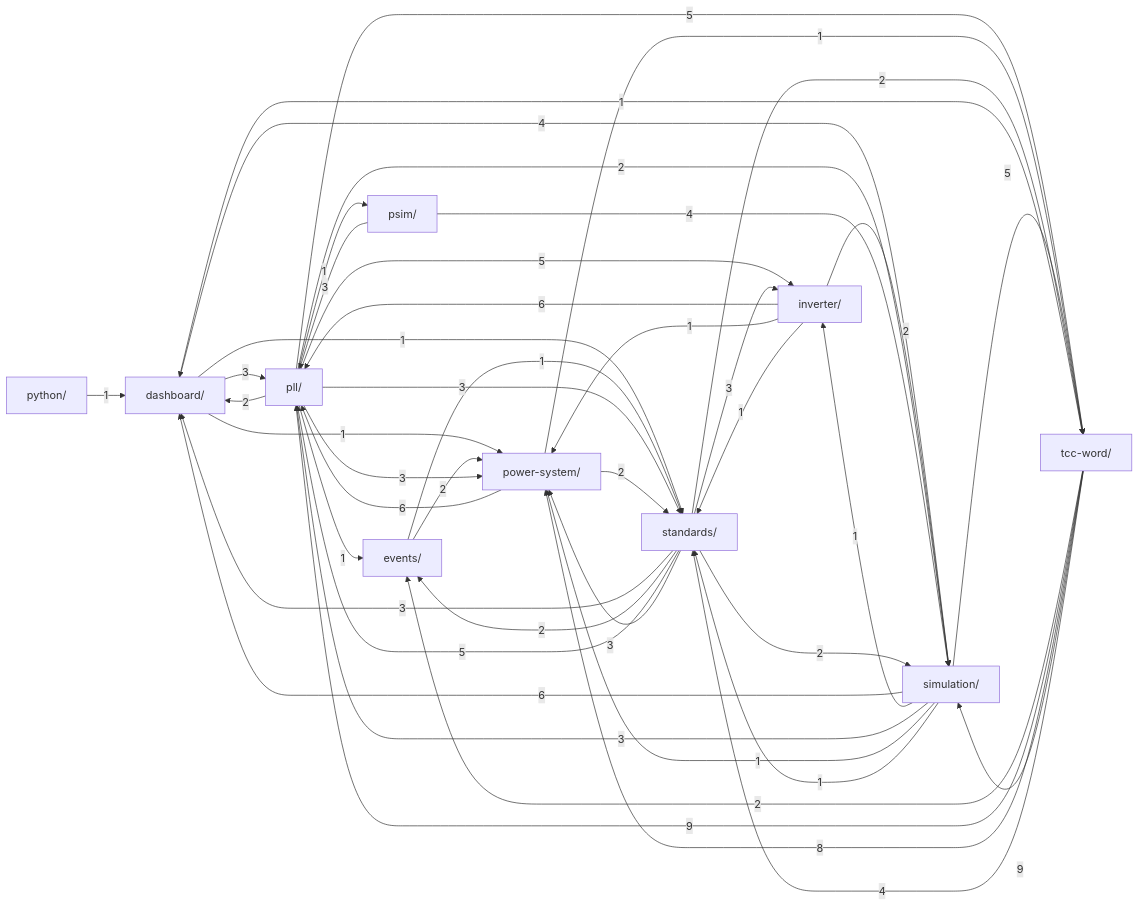
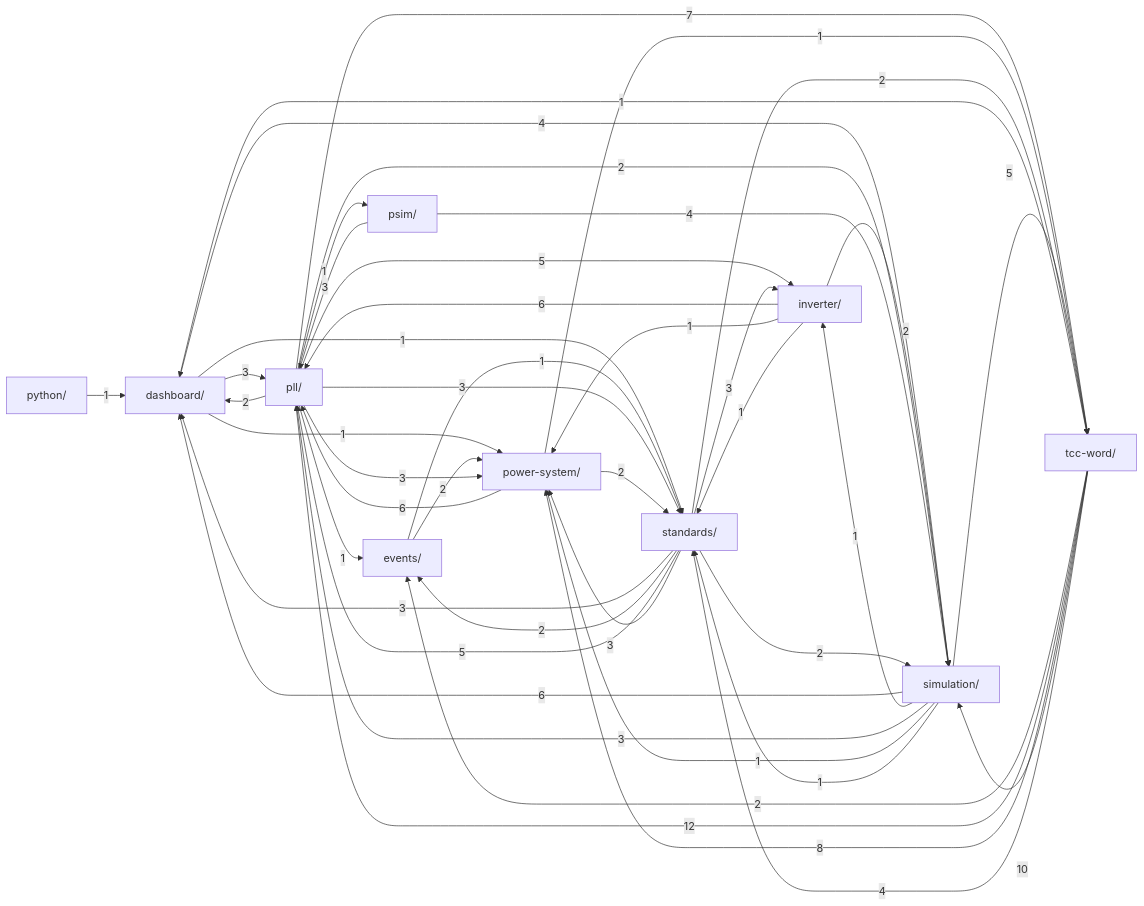
The diagram in .claude/kb/grafo.md (GGHB0/pll_stability_9bus), drawn with Mermaid before and after one commit. The commit also changed 8 other files, not shown here.

````diff
--- a/.claude/kb/grafo.md
+++ b/.claude/kb/grafo.md
@@ -12,56 +12,56 @@
 ```mermaid
 graph LR
     dashboard["dashboard/"]
     events["events/"]
     inverter["inverter/"]
     pll["pll/"]
     power_system["power-system/"]
     psim["psim/"]
     python["python/"]
     simulation["simulation/"]
     standards["standards/"]
     tcc_word["tcc-word/"]
     dashboard -->|3| pll
     dashboard -->|1| power_system
     dashboard -->|4| simulation
     dashboard -->|1| standards
     events -->|2| power_system
     events -->|1| standards
     inverter -->|6| pll
     inverter -->|1| power_system
     inverter -->|2| simulation
     inverter -->|1| standards
     pll -->|2| dashboard
     pll -->|1| events
     pll -->|5| inverter
     pll -->|3| power_system
     pll -->|1| psim
     pll -->|2| simulation
     pll -->|3| standards
-    pll -->|5| tcc_word
+    pll -->|7| tcc_word
     power_system -->|6| pll
     power_system -->|2| standards
     power_system -->|1| tcc_word
     psim -->|3| pll
     psim -->|4| simulation
     python -->|1| dashboard
     simulation -->|6| dashboard
     simulation -->|1| inverter
     simulation -->|3| pll
     simulation -->|1| power_system
     simulation -->|1| standards
     simulation -->|5| tcc_word
     standards -->|3| dashboard
     standards -->|2| events
     standards -->|3| inverter
     standards -->|5| pll
     standards -->|3| power_system
     standards -->|2| simulation
     standards -->|2| tcc_word
     tcc_word -->|1| dashboard
     tcc_word -->|2| events
-    tcc_word -->|9| pll
+    tcc_word -->|12| pll
     tcc_word -->|8| power_system
-    tcc_word -->|9| simulation
+    tcc_word -->|10| simulation
     tcc_word -->|4| standards
 ```
````
